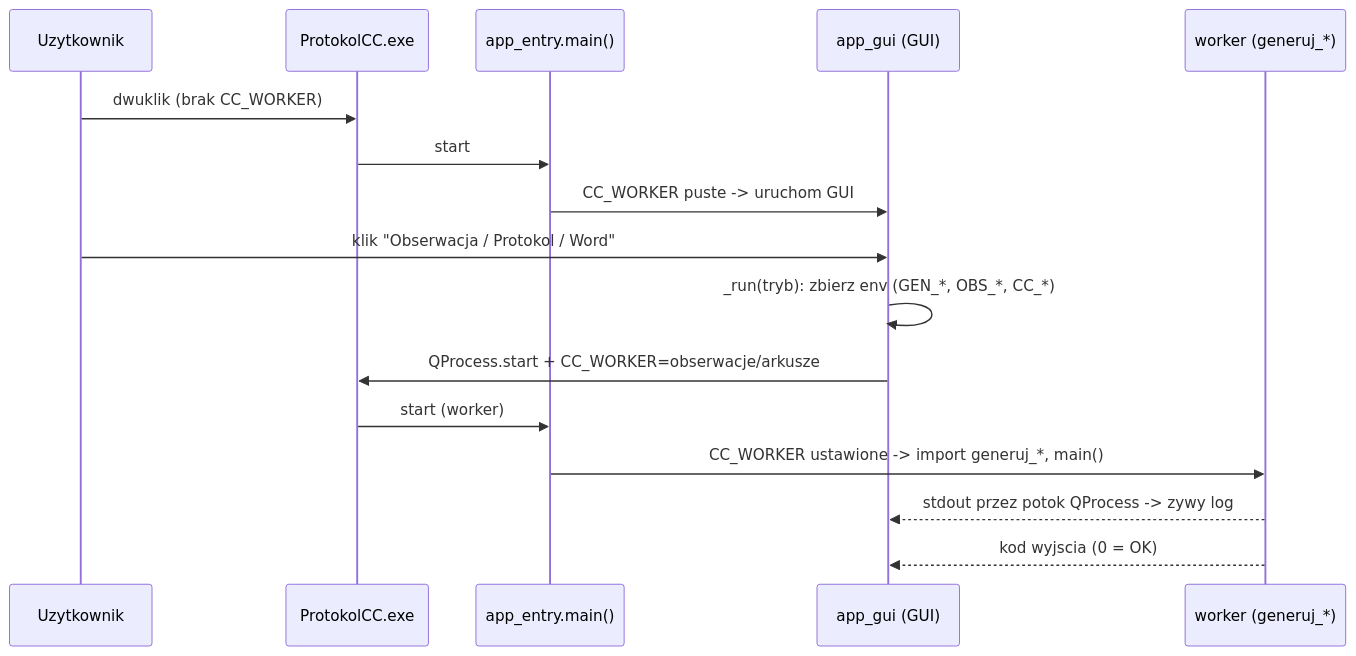
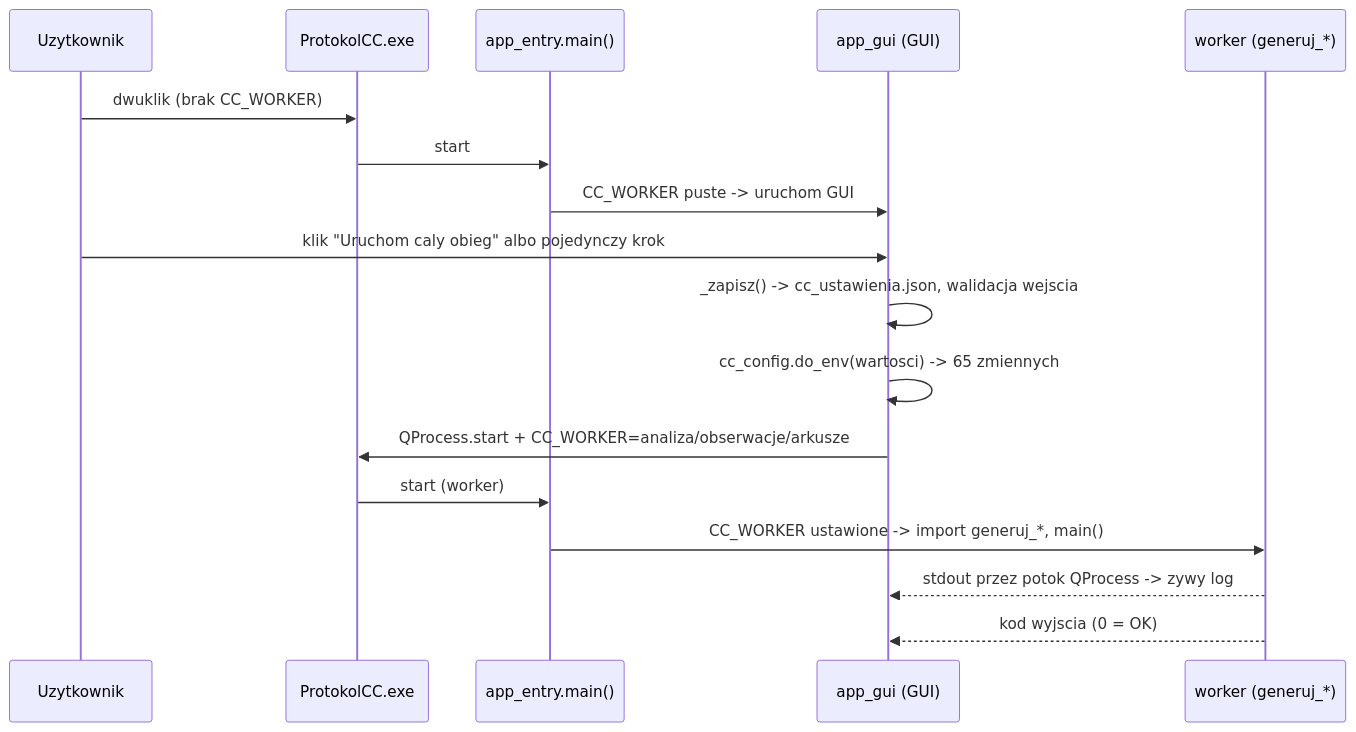
The fourth of 5 diagrams in README.md (Azhdzer/script-protokol-arkusz-cc-clean), drawn with Mermaid before and after one commit. The commit also changed other lines of this file and 35 other files, not shown here.

````diff
--- a/README.md
+++ b/README.md
@@ -193,18 +216,19 @@
 ```mermaid
 sequenceDiagram
   participant U as Uzytkownik
   participant E as ProtokolCC.exe
   participant AE as app_entry.main()
   participant G as app_gui (GUI)
   participant W as worker (generuj_*)
   U->>E: dwuklik (brak CC_WORKER)
   E->>AE: start
   AE->>G: CC_WORKER puste -> uruchom GUI
-  U->>G: klik "Obserwacja / Protokol / Word"
-  G->>G: _run(tryb): zbierz env (GEN_*, OBS_*, CC_*)
-  G->>E: QProcess.start + CC_WORKER=obserwacje/arkusze
+  U->>G: klik "Uruchom caly obieg" albo pojedynczy krok
+  G->>G: _zapisz() -> cc_ustawienia.json, walidacja wejscia
+  G->>G: cc_config.do_env(wartosci) -> 65 zmiennych
+  G->>E: QProcess.start + CC_WORKER=analiza/obserwacje/arkusze
   E->>AE: start (worker)
   AE->>W: CC_WORKER ustawione -> import generuj_*, main()
   W-->>G: stdout przez potok QProcess -> zywy log
   W-->>G: kod wyjscia (0 = OK)
 ```
````
